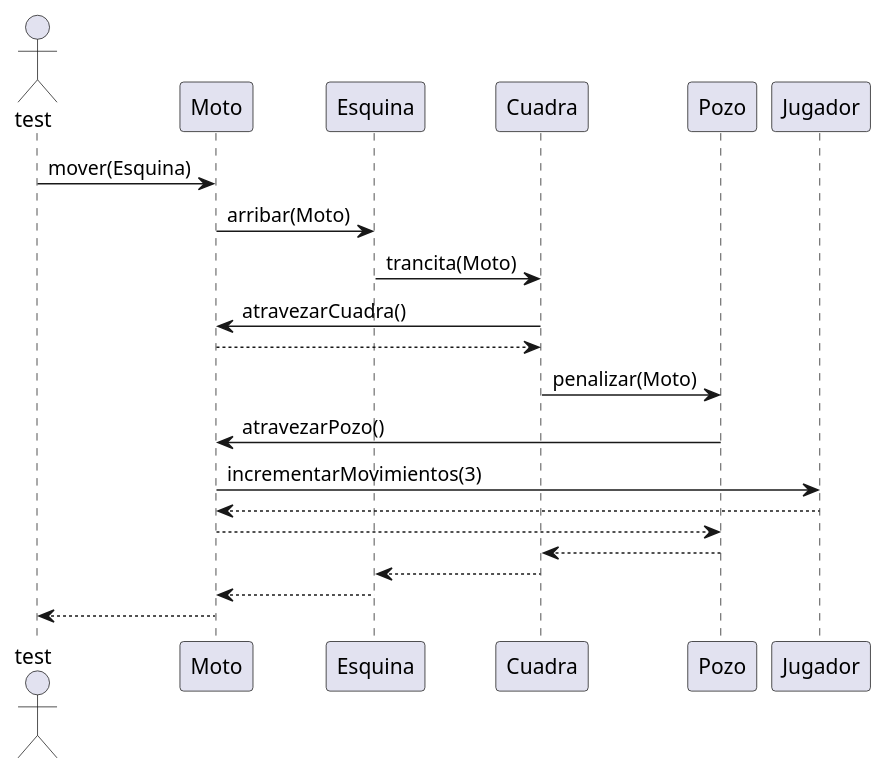
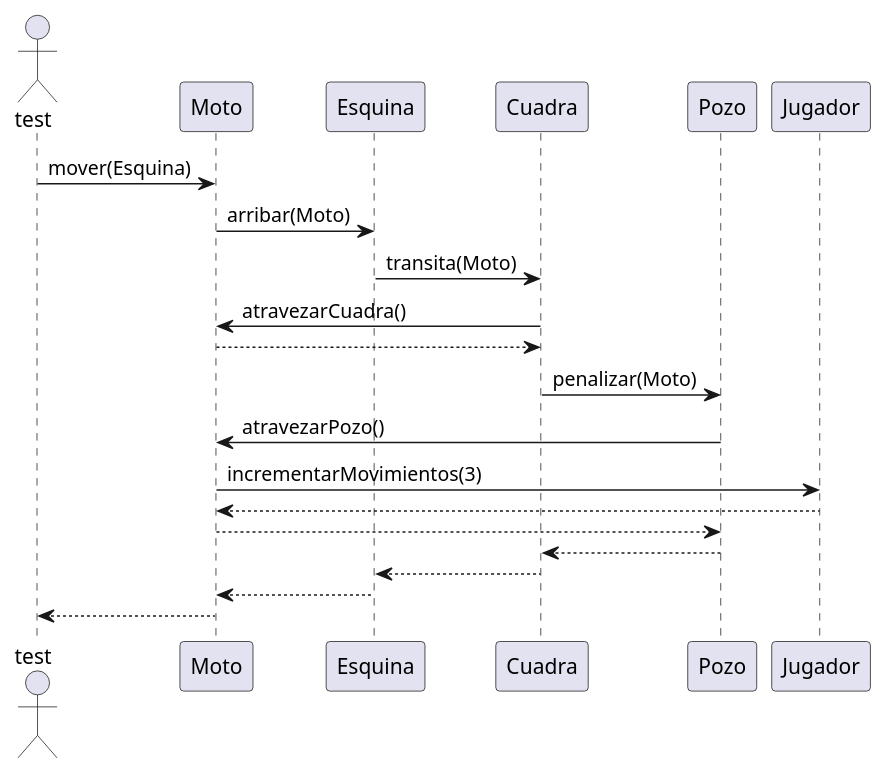
The diagram in diagrams/sequences/entrega01/CasoDeUso01.plantuml (TP2Algo3FIUBA/tp2), drawn with PlantUML before and after one commit. The commit also changed 1 other file, not shown here.

```diff
--- a/diagrams/sequences/entrega01/CasoDeUso01.plantuml
+++ b/diagrams/sequences/entrega01/CasoDeUso01.plantuml
@@ -1,17 +1,17 @@
 @startuml
 Actor test
 test -> Moto : mover(Esquina)
 Moto -> Esquina: arribar(Moto)
-Esquina -> Cuadra: trancita(Moto)
+Esquina -> Cuadra: transita(Moto)
 Cuadra -> Moto: atravezarCuadra()
 Moto --> Cuadra
 Cuadra -> Pozo: penalizar(Moto)
 Pozo -> Moto: atravezarPozo()
 Moto -> Jugador: incrementarMovimientos(3)
 Jugador --> Moto
 Moto --> Pozo
 Pozo --> Cuadra
 Cuadra --> Esquina
 Esquina --> Moto
 Moto --> test
 @enduml
```
